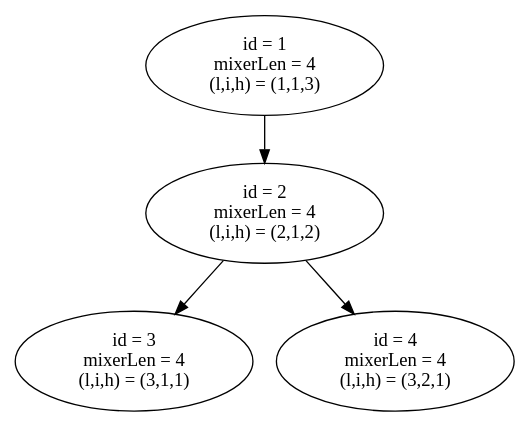
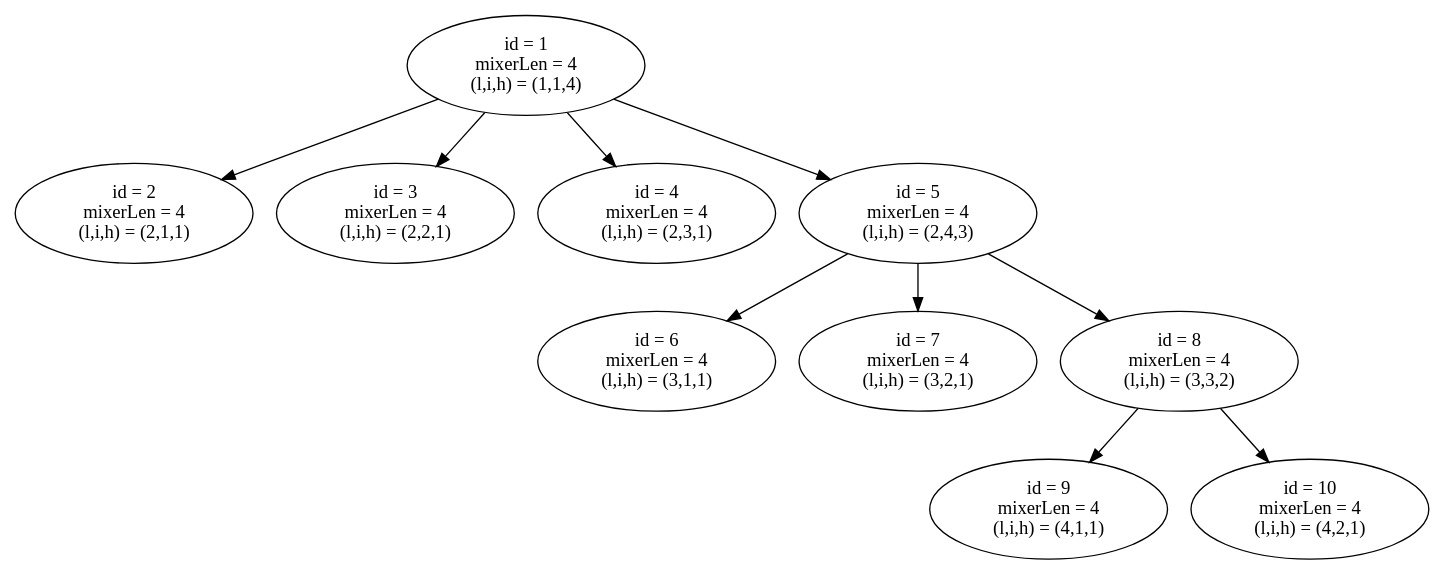
Before and after one commit to AbhikKhan/ApproximatedSAT: the diagram in PossibleRatios/skeletonTreeAfterAdding_lih.dot, drawn with Graphviz. The commit also changed 7 other files, not shown here.

```diff
--- a/PossibleRatios/skeletonTreeAfterAdding_lih.dot
+++ b/PossibleRatios/skeletonTreeAfterAdding_lih.dot
@@ -1,10 +1,22 @@
 digraph "DD" { 
 graph [ ordering = "out"];
-1 [label = "id = 1\n mixerLen = 4 \n (l,i,h) = (1,1,3)"] 
-2 [label = "id = 2\n mixerLen = 4 \n (l,i,h) = (2,1,2)"] 
-3 [label = "id = 3\n mixerLen = 4 \n (l,i,h) = (3,1,1)"] 
-4 [label = "id = 4\n mixerLen = 4 \n (l,i,h) = (3,2,1)"] 
+1 [label = "id = 1\n mixerLen = 4 \n (l,i,h) = (1,1,4)"] 
+2 [label = "id = 2\n mixerLen = 4 \n (l,i,h) = (2,1,1)"] 
+3 [label = "id = 3\n mixerLen = 4 \n (l,i,h) = (2,2,1)"] 
+4 [label = "id = 4\n mixerLen = 4 \n (l,i,h) = (2,3,1)"] 
+5 [label = "id = 5\n mixerLen = 4 \n (l,i,h) = (2,4,3)"] 
+6 [label = "id = 6\n mixerLen = 4 \n (l,i,h) = (3,1,1)"] 
+7 [label = "id = 7\n mixerLen = 4 \n (l,i,h) = (3,2,1)"] 
+8 [label = "id = 8\n mixerLen = 4 \n (l,i,h) = (3,3,2)"] 
+9 [label = "id = 9\n mixerLen = 4 \n (l,i,h) = (4,1,1)"] 
+10 [label = "id = 10\n mixerLen = 4 \n (l,i,h) = (4,2,1)"] 
 1 -> 2;
-2 -> 3;
-2 -> 4;
+1 -> 3;
+1 -> 4;
+1 -> 5;
+5 -> 6;
+5 -> 7;
+5 -> 8;
+8 -> 9;
+8 -> 10;
 }
```
